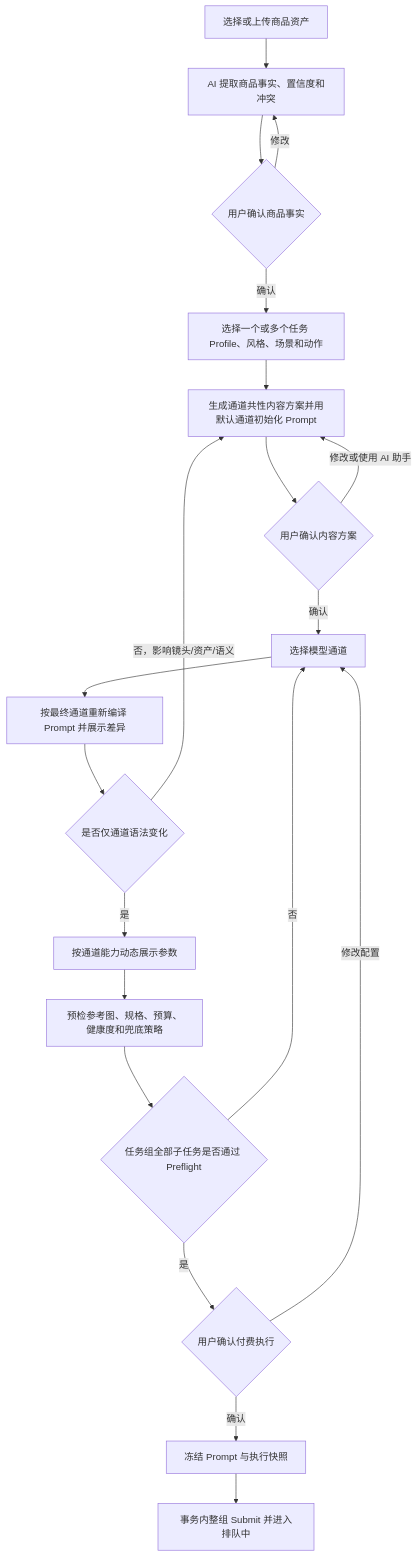
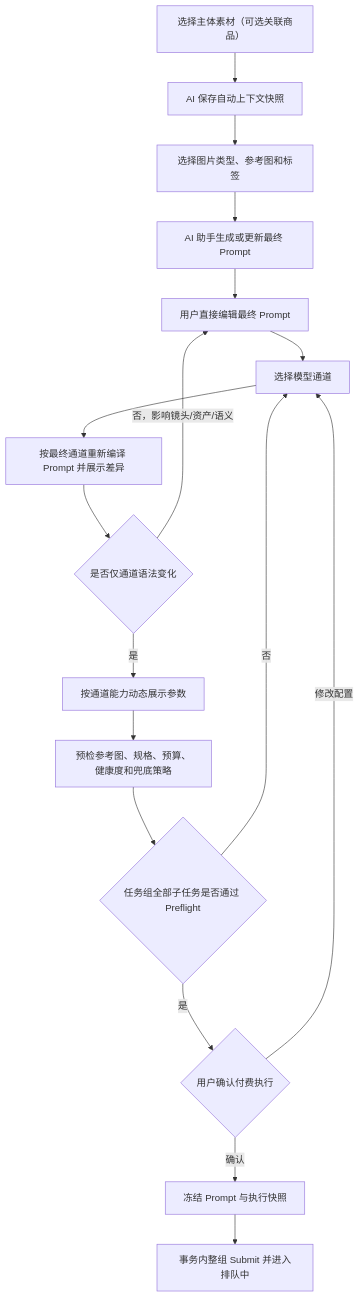
The seventh of 11 diagrams in docs/product/PRD-V2.3.md (WoodWater-ai/EC-AIGC), drawn with Mermaid before and after one commit. The commit also changed other lines of this file and 128 other files, not shown here.

````diff
--- a/docs/product/PRD-V2.3.md
+++ b/docs/product/PRD-V2.3.md
@@ -685,22 +689,19 @@
 ```mermaid
 flowchart TD
-    A["选择或上传商品资产"] --> B["AI 提取商品事实、置信度和冲突"]
-    B --> C{"用户确认商品事实"}
-    C -- "修改" --> B
-    C -- "确认" --> D["选择一个或多个任务 Profile、风格、场景和动作"]
-    D --> E["生成通道共性内容方案并用默认通道初始化 Prompt"]
-    E --> F{"用户确认内容方案"}
-    F -- "修改或使用 AI 助手" --> E
-    F -- "确认" --> G["选择模型通道"]
+    A["选择主体素材（可选关联商品）"] --> B["AI 保存自动上下文快照"]
+    B --> C["选择图片类型、参考图和标签"]
+    C --> D["AI 助手生成或更新最终 Prompt"]
+    D --> E["用户直接编辑最终 Prompt"]
+    E --> G["选择模型通道"]
     G --> G1["按最终通道重新编译 Prompt 并展示差异"]
     G1 --> G2{"是否仅通道语法变化"}
     G2 -- "否，影响镜头/资产/语义" --> E
     G2 -- "是" --> H["按通道能力动态展示参数"]
     H --> I["预检参考图、规格、预算、健康度和兜底策略"]
     I --> I1{"任务组全部子任务是否通过 Preflight"}
     I1 -- "否" --> G
     I1 -- "是" --> J{"用户确认付费执行"}
     J -- "修改配置" --> G
     J -- "确认" --> K["冻结 Prompt 与执行快照"]
     K --> L["事务内整组 Submit 并进入排队中"]
 ```
````
